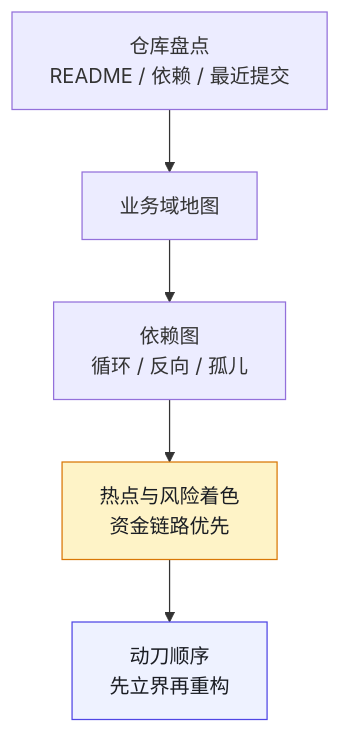
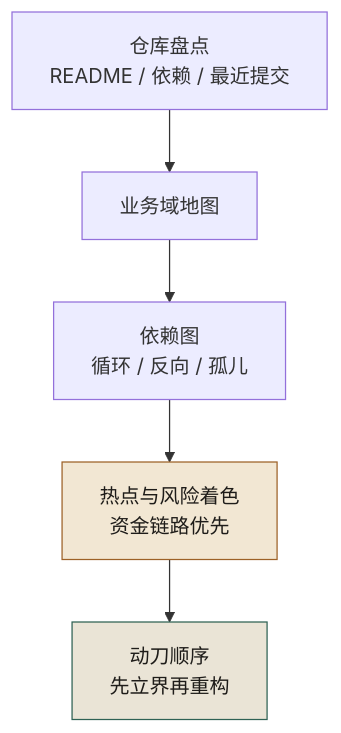
The first of 3 diagrams in docs/manuscript/ch10-第5章-大规模考古画图.md (funny8kids/AI_Native_Software_Engineering), drawn with Mermaid before and after one commit. The commit also changed other lines of this file and 81 other files, not shown here.

````diff
--- a/docs/manuscript/ch10-第5章-大规模考古画图.md
+++ b/docs/manuscript/ch10-第5章-大规模考古画图.md
@@ -6,9 +13,9 @@
 ```mermaid
 flowchart TB
   INV[仓库盘点<br/>README / 依赖 / 最近提交] --> MAP[业务域地图]
   MAP --> DEP[依赖图<br/>循环 / 反向 / 孤儿]
   DEP --> HOT[热点与风险着色<br/>资金链路优先]
   HOT --> ACT[动刀顺序<br/>先立界再重构]
-  style HOT fill:#fef3c7,stroke:#d97706,color:#1a1d23
-  style ACT fill:#eef2ff,stroke:#4f46e5,color:#1a1d23
+  style HOT fill:#f2e7d3,stroke:#9d6127,color:#1e1c19
+  style ACT fill:#eae4d6,stroke:#2f6154,color:#1e1c19
 ```
````
